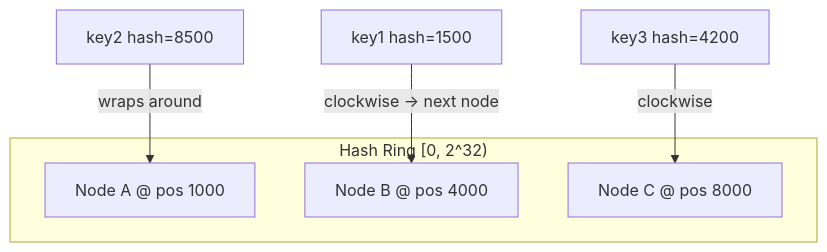
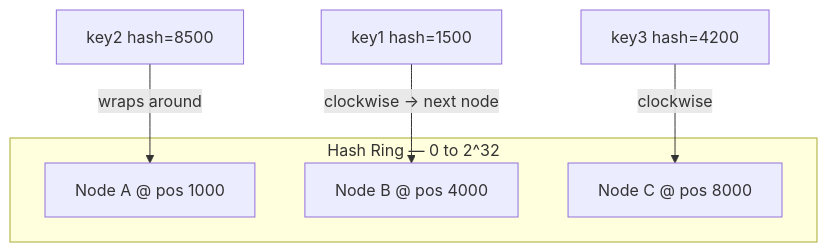
The first of 2 diagrams in coding-practice/consistent-hashing.md (deepanshu-rawat6/DevOpsIndex), drawn with Mermaid before and after one commit. The commit also changed 18 other files, not shown here.

````diff
--- a/coding-practice/consistent-hashing.md
+++ b/coding-practice/consistent-hashing.md
@@ -25,11 +25,11 @@
 ```mermaid
 graph TD
-    subgraph Ring["Hash Ring [0, 2^32)"]
+    subgraph Ring["Hash Ring — 0 to 2^32"]
         N1["Node A @ pos 1000"]
         N2["Node B @ pos 4000"]
         N3["Node C @ pos 8000"]
     end
     K1["key1 hash=1500"] -->|"clockwise -> next node"| N2
     K2["key2 hash=8500"] -->|"wraps around"| N1
     K3["key3 hash=4200"] -->|"clockwise"| N3
 ```
````
